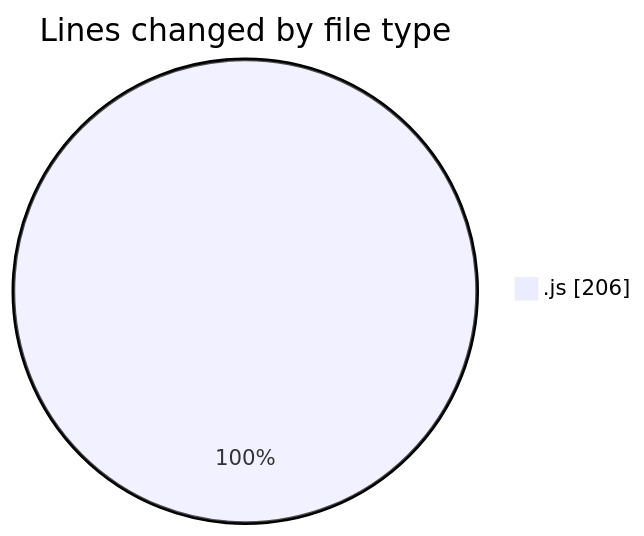
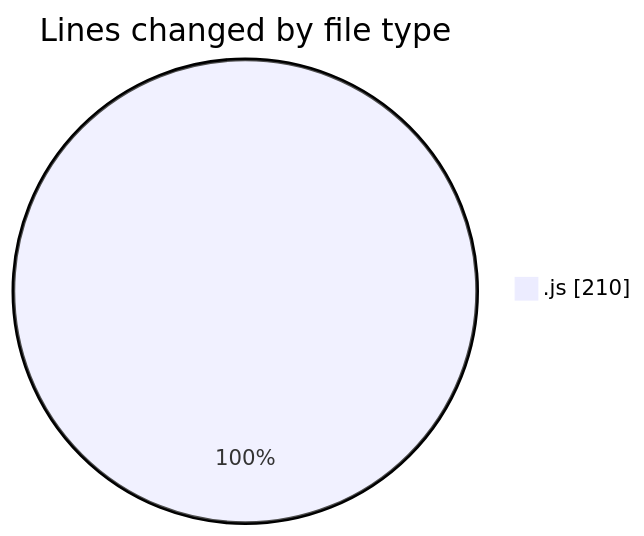
The first of 2 diagrams in 2025-02-03/cda/README.md (momahboobian/code-tracking), drawn with Mermaid before and after one commit. The commit also changed other lines of this file and 1 other file, not shown here.

````diff
--- a/2025-02-03/cda/README.md
+++ b/2025-02-03/cda/README.md
@@ -22,5 +22,5 @@
 ```mermaid
 pie showData
 title Lines changed by file type
-".js" : 206
+".js" : 210
 ```
````
